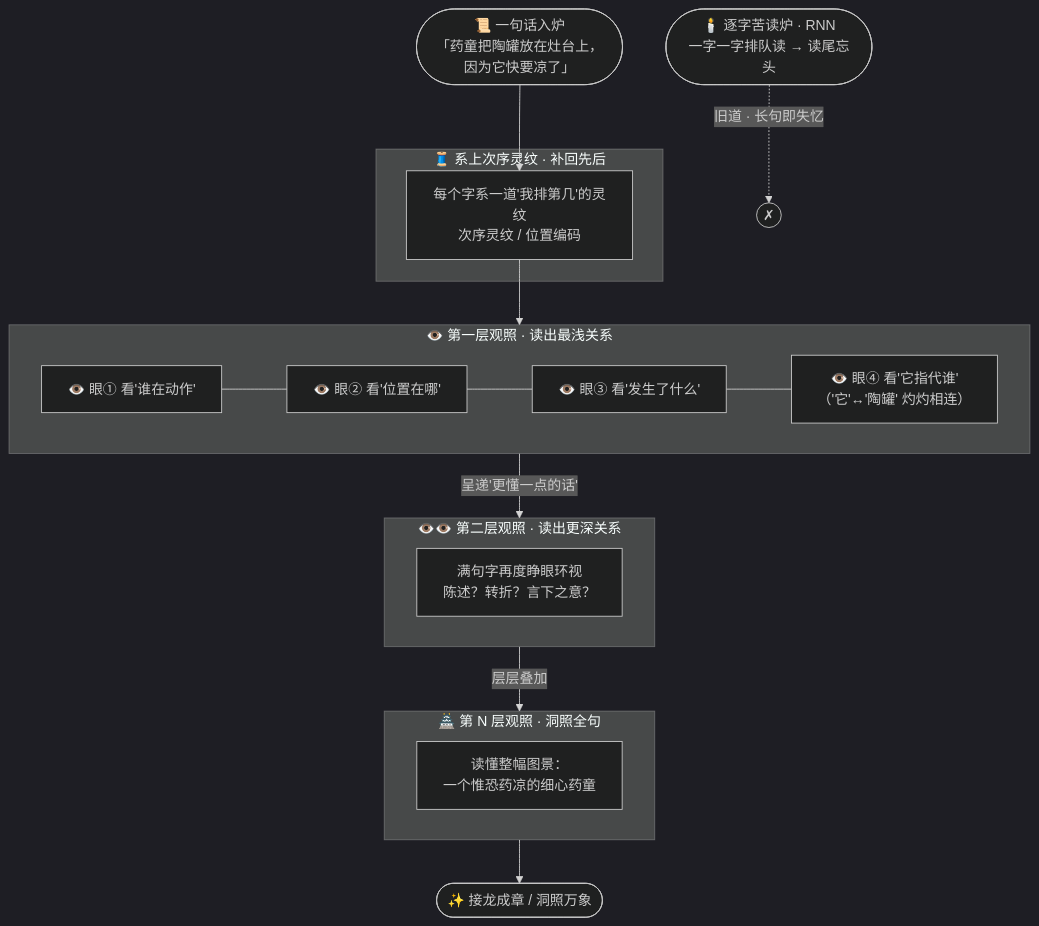
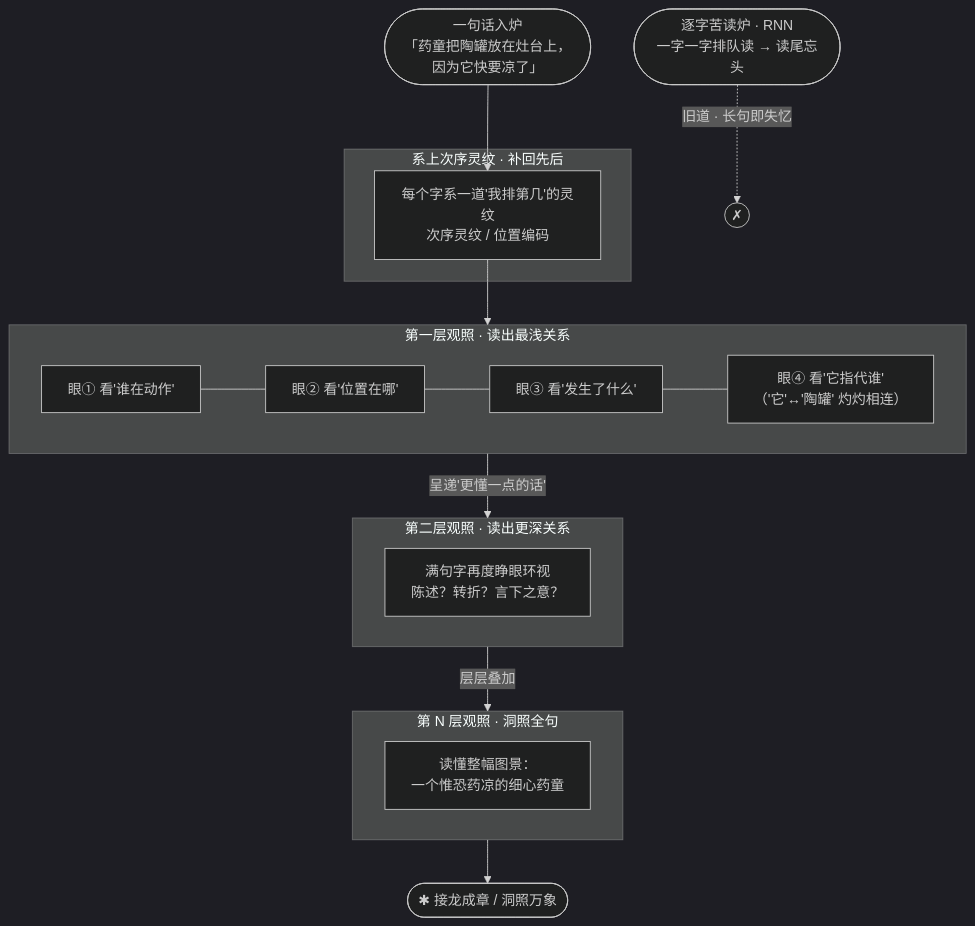
Before and after one commit to luckykhy/KhyAiHub: the diagram in docs/09_STORY_修仙学AI/STORY-番外/[STORY-番外-100] 番外01·观照之眼·注意力真谛.md, drawn with Mermaid (dark theme). The commit also changed other lines of this file and 19 other files, not shown here.

````diff
--- a/docs/09_STORY_修仙学AI/STORY-番外/[STORY-番外-100] 番外01·观照之眼·注意力真谛.md
+++ b/docs/09_STORY_修仙学AI/STORY-番外/[STORY-番外-100] 番外01·观照之眼·注意力真谛.md
@@ -283,36 +283,36 @@
 ```mermaid
 flowchart TB
-    IN([📜 一句话入炉<br/>「药童把陶罐放在灶台上，因为它快要凉了」])
+    IN([一句话入炉<br/>「药童把陶罐放在灶台上，因为它快要凉了」])
 
     IN --> POS
 
-    subgraph 系纹[🧵 系上次序灵纹 · 补回先后]
+    subgraph 系纹[系上次序灵纹 · 补回先后]
         POS["每个字系一道'我排第几'的灵纹<br/>次序灵纹 / 位置编码"]
     end
 
     POS --> L1
 
-    subgraph L1[👁️ 第一层观照 · 读出最浅关系]
-        H1["👁️ 眼① 看'谁在动作'"]
-        H2["👁️ 眼② 看'位置在哪'"]
-        H3["👁️ 眼③ 看'发生了什么'"]
-        H4["👁️ 眼④ 看'它指代谁'<br/>（'它'↔'陶罐' 灼灼相连）"]
+    subgraph L1[第一层观照 · 读出最浅关系]
+        H1["眼① 看'谁在动作'"]
+        H2["眼② 看'位置在哪'"]
+        H3["眼③ 看'发生了什么'"]
+        H4["眼④ 看'它指代谁'<br/>（'它'↔'陶罐' 灼灼相连）"]
         H1 --- H2 --- H3 --- H4
     end
 
     L1 -->|"呈递'更懂一点的话'"| L2
 
-    subgraph L2[👁️👁️ 第二层观照 · 读出更深关系]
+    subgraph L2[第二层观照 · 读出更深关系]
         M["满句字再度睁眼环视<br/>陈述？转折？言下之意？"]
     end
 
     L2 -->|"层层叠加"| LN
 
-    subgraph LN[🏯 第 N 层观照 · 洞照全句]
+    subgraph LN[第 N 层观照 · 洞照全句]
         TOP["读懂整幅图景：<br/>一个惟恐药凉的细心药童"]
     end
 
-    LN --> OUT([✨ 接龙成章 / 洞照万象])
+    LN --> OUT([✱ 接龙成章 / 洞照万象])
 
-    RNN([🕯️ 逐字苦读炉 · RNN<br/>一字一字排队读 → 读尾忘头]) -.->|"旧道 · 长句即失忆"| X((✗))
+    RNN([逐字苦读炉 · RNN<br/>一字一字排队读 → 读尾忘头]) -.->|"旧道 · 长句即失忆"| X((✗))
 ```
````
